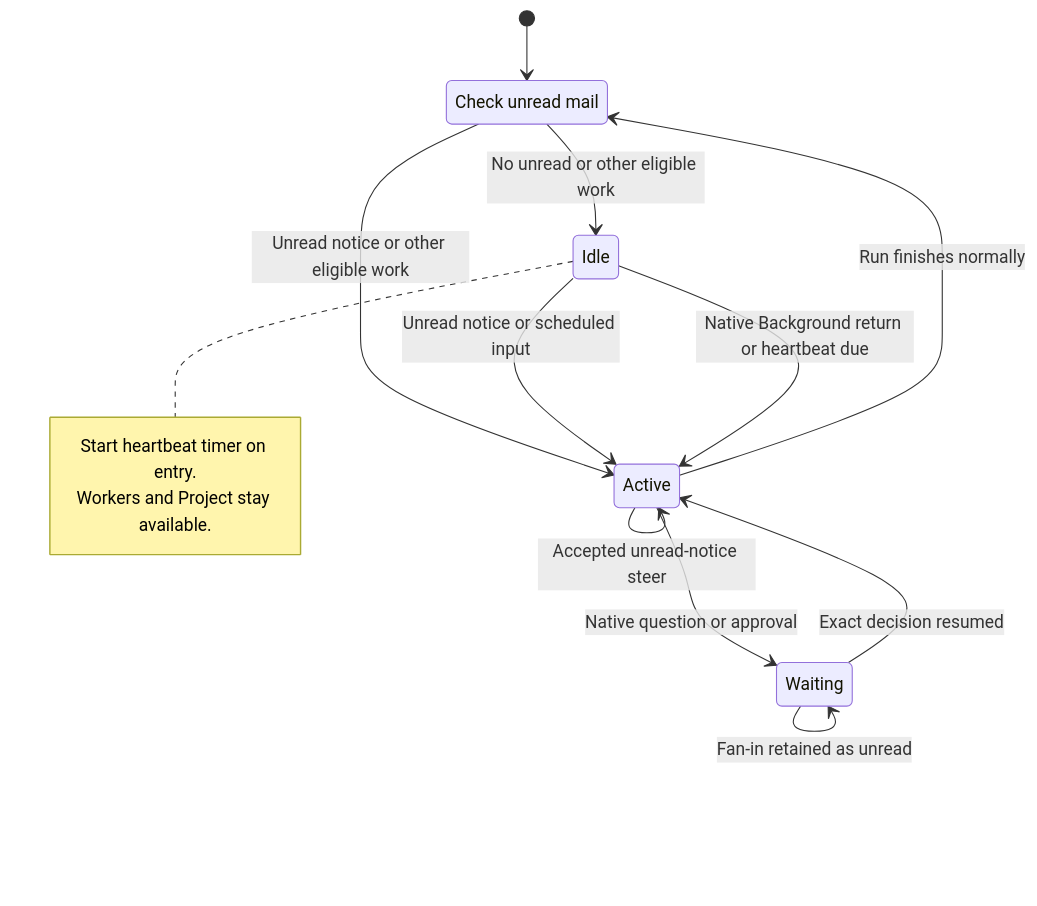
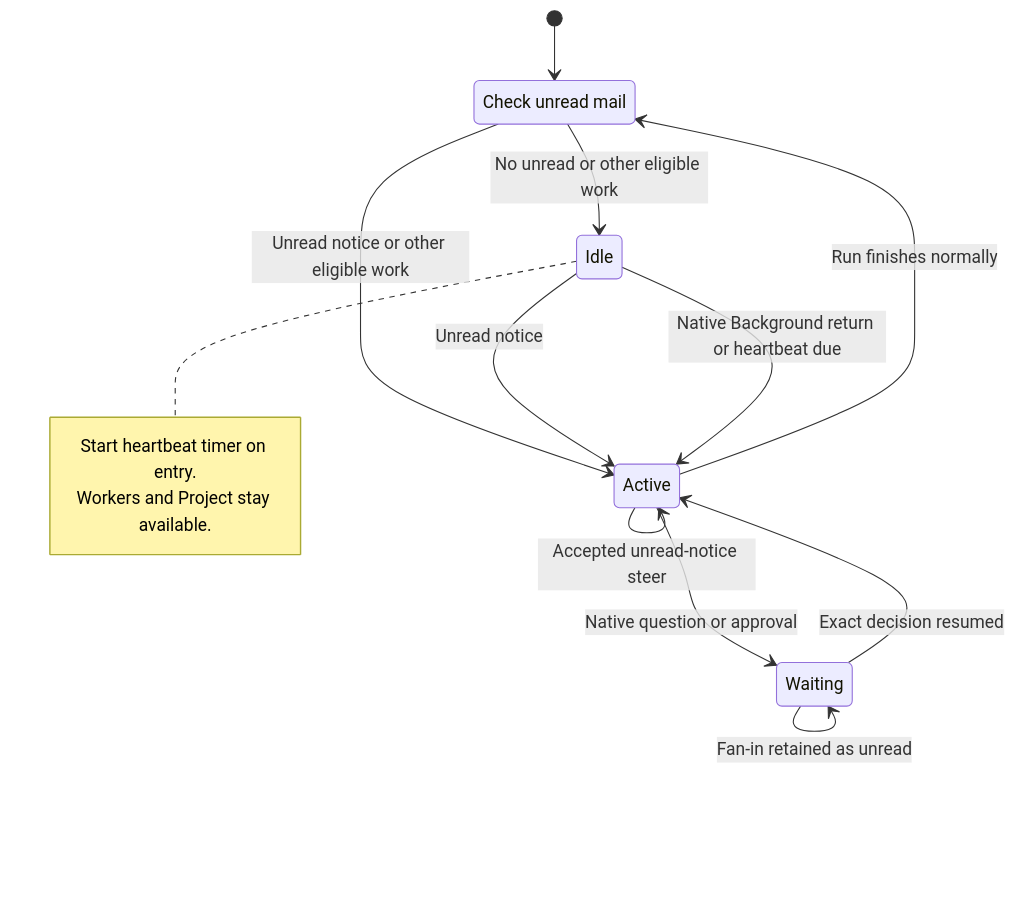
The diagram in spec/02-main-thread.md (Wh1isper/a13n-claw), drawn with Mermaid before and after one commit. The commit also changed other lines of this file and 6 other files, not shown here.

````diff
--- a/spec/02-main-thread.md
+++ b/spec/02-main-thread.md
@@ -42,18 +46,18 @@
 ```mermaid
 stateDiagram-v2
     [*] --> CheckInbox
     state "Check unread mail" as CheckInbox
     CheckInbox --> Active: Unread notice or other eligible work
     CheckInbox --> Idle: No unread or other eligible work
     Active --> Active: Accepted unread-notice steer
     Active --> Waiting: Native question or approval
     Waiting --> Waiting: Fan-in retained as unread
     Waiting --> Active: Exact decision resumed
     Active --> CheckInbox: Run finishes normally
-    Idle --> Active: Unread notice or scheduled input
+    Idle --> Active: Unread notice
     Idle --> Active: Native Background return or heartbeat due
     note right of Idle
         Start heartbeat timer on entry.
         Workers and Project stay available.
     end note
 ```
````
